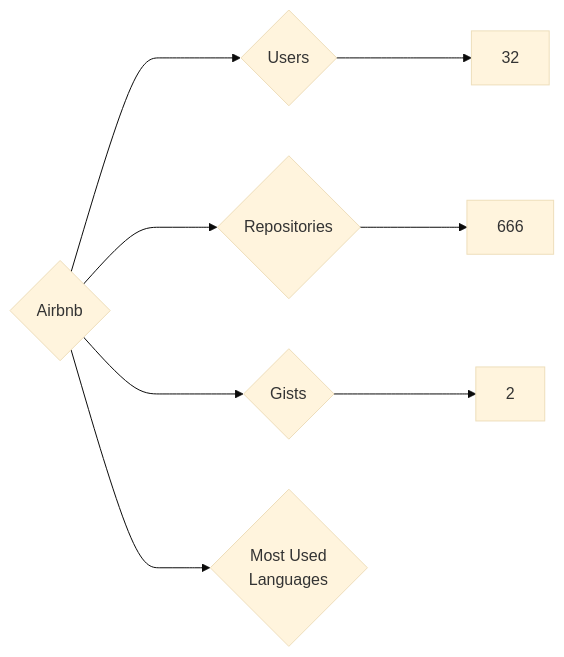
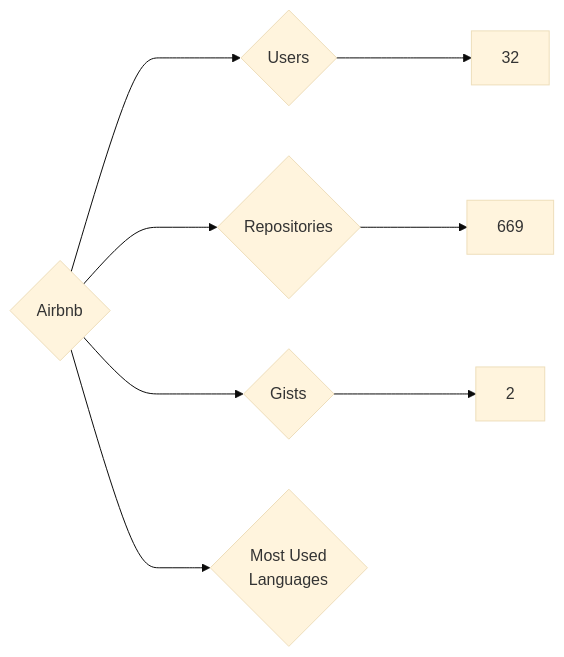
The diagram in targets/Airbnb/README.md (nenadzaric/insiders), drawn with Mermaid (base theme) before and after one commit. The commit also changed 24 other files, not shown here.

````diff
--- a/targets/Airbnb/README.md
+++ b/targets/Airbnb/README.md
@@ -3,8 +3,8 @@
 ```mermaid
 graph LR
 COMPANY_NAME{Airbnb}
 COMPANY_NAME ---> U{Users} ---> UN[32]
-COMPANY_NAME ---> R{Repositories} ---> RN[666]
+COMPANY_NAME ---> R{Repositories} ---> RN[669]
 COMPANY_NAME ---> G{Gists} ---> GN[2]
 COMPANY_NAME ---> ML{Most Used<br>Languages}
 ```
````
